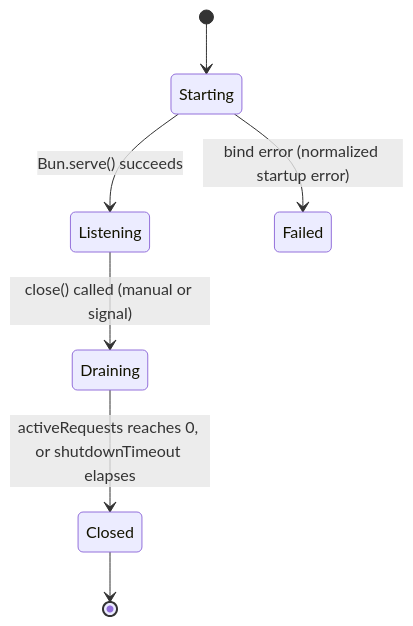
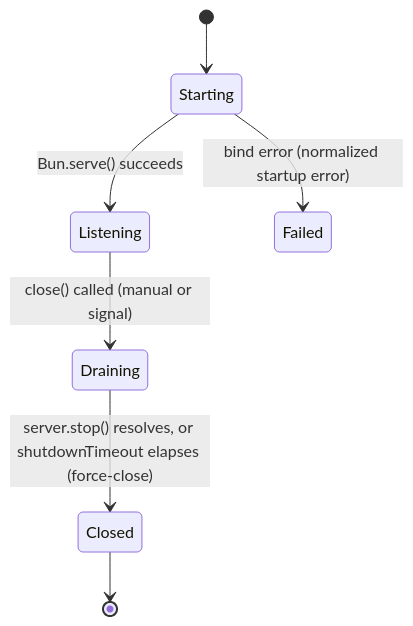
One commit to 0xTanzim/nextRush changed the fourth of 4 diagrams in packages/adapters/bun/ARCHITECTURE.md. Above: the diagram before and after it, drawn with Mermaid. The commit also changed other lines of this file and 10 other files, not shown here.

````diff
--- a/packages/adapters/bun/ARCHITECTURE.md
+++ b/packages/adapters/bun/ARCHITECTURE.md
@@ -169,9 +167,9 @@
 ```mermaid
 stateDiagram-v2
     [*] --> Starting
     Starting --> Listening: Bun.serve() succeeds
     Starting --> Failed: bind error (normalized startup error)
     Listening --> Draining: close() called (manual or signal)
-    Draining --> Closed: activeRequests reaches 0, or shutdownTimeout elapses
+    Draining --> Closed: server.stop() resolves, or shutdownTimeout elapses (force-close)
     Closed --> [*]
 ```
````
